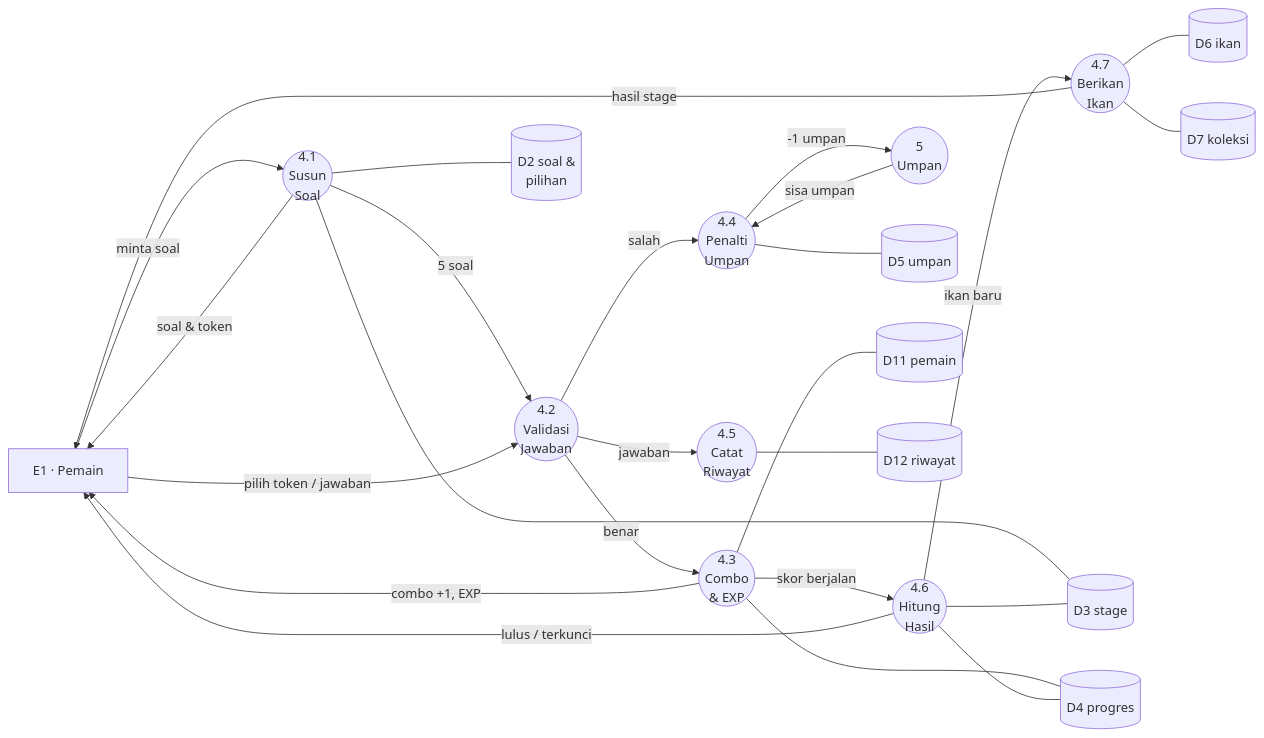
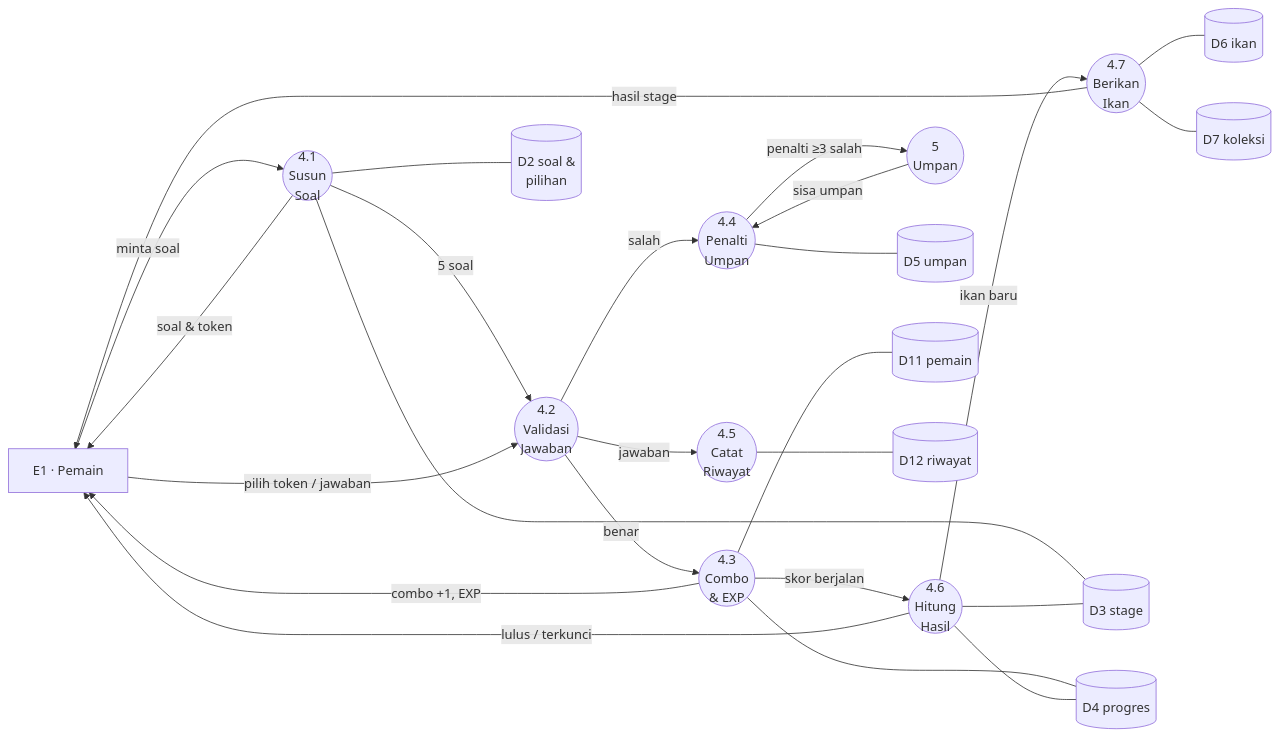
One commit to Feerse/CodeFishing changed the third of 5 diagrams in CodeFishing_DFD_ERD.md. Above: the diagram before and after it, drawn with Mermaid. The commit also changed other lines of this file and 88 other files, not shown here.

Commit message:
Tambah mode terang/gelap dan ubah penalti umpan

````diff
--- a/CodeFishing_DFD_ERD.md
+++ b/CodeFishing_DFD_ERD.md
@@ -340,47 +340,47 @@
 ```mermaid
 flowchart LR
   E1["E1 · Pemain"]
   P41(("4.1<br/>Susun<br/>Soal"))
   P42(("4.2<br/>Validasi<br/>Jawaban"))
   P43(("4.3<br/>Combo<br/>& EXP"))
   P44(("4.4<br/>Penalti<br/>Umpan"))
   P45(("4.5<br/>Catat<br/>Riwayat"))
   P46(("4.6<br/>Hitung<br/>Hasil"))
   P47(("4.7<br/>Berikan<br/>Ikan"))
   P5(("5<br/>Umpan"))
 
   D2[("D2 soal &<br/>pilihan")]
   D3[("D3 stage")]
   D4[("D4 progres")]
   D5[("D5 umpan")]
   D6[("D6 ikan")]
   D7[("D7 koleksi")]
   D11[("D11 pemain")]
   D12[("D12 riwayat")]
 
   E1 -->|"minta soal"| P41
   P41 -->|"soal & token"| E1
   P41 -->|"5 soal"| P42
   E1 -->|"pilih token / jawaban"| P42
   P42 -->|"benar"| P43
   P42 -->|"salah"| P44
   P42 -->|"jawaban"| P45
   P43 -->|"combo +1, EXP"| E1
-  P44 -->|"-1 umpan"| P5
+  P44 -->|"penalti ≥3 salah"| P5
   P5 -->|"sisa umpan"| P44
   P43 -->|"skor berjalan"| P46
   P46 -->|"lulus / terkunci"| E1
   P46 -->|"ikan baru"| P47
   P47 -->|"hasil stage"| E1
 
   P41 --- D2
   P41 --- D3
   P43 --- D4
   P43 --- D11
   P44 --- D5
   P45 --- D12
   P46 --- D3
   P46 --- D4
   P47 --- D6
   P47 --- D7
 ```
````
